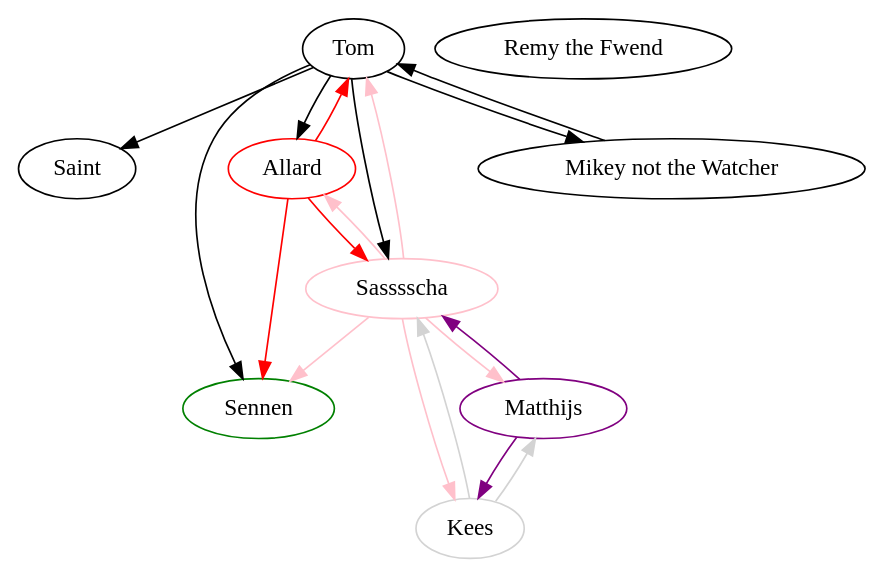
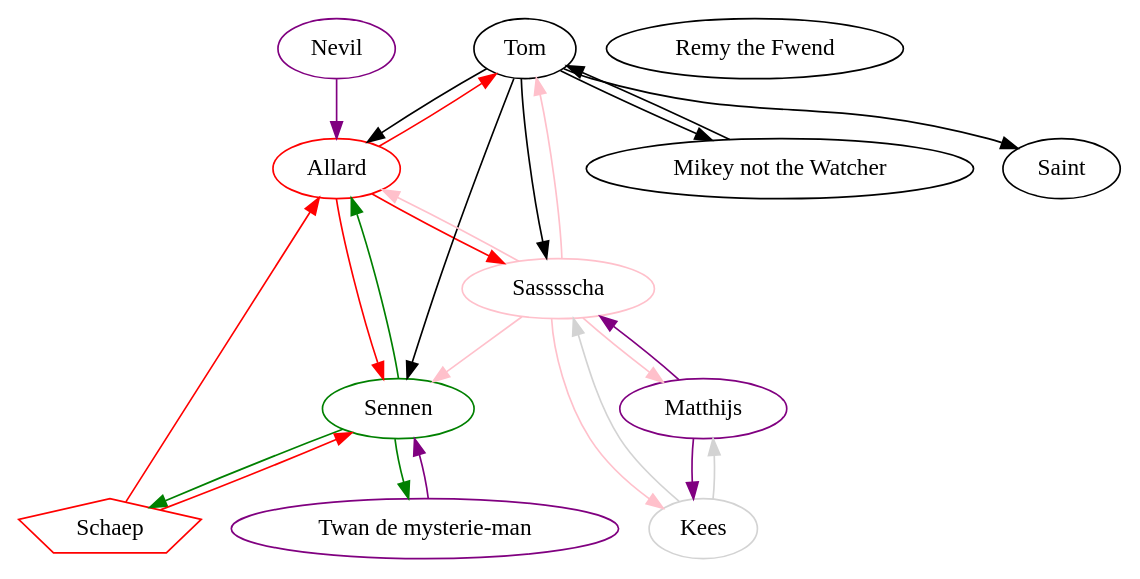
Before and after one commit to Abyss-mal-Graphics/Graphs.dot: the diagram in graphs/ships.dot, drawn with Graphviz.

```diff
--- a/graphs/ships.dot
+++ b/graphs/ships.dot
@@ -1,54 +1,82 @@
 digraph {
     Saint;
 
     Remy [label="Remy the Fwend"];
 
     subgraph Allard {
         edge [color=red];
         Allard [color=red];
         Allard->Tom;
         Allard->Sas;
         Allard->Sennen;
     }
 
     subgraph Tom {
         edge [color=black]; // 🤷, does absolutely nothing
         Tom;
         Tom->Allard;
         Tom->Saint;
         Tom->Sennen;
         Tom->Sas;
         Tom->Mikey
     }
 
     subgraph Sas {
         edge [color=pink];
         Sas [color=pink label="Sasssscha"];
         Sas->Allard;
         Sas->Tom;
         Sas->Sennen;
         Sas->Kees;
         Sas->Matthijs;
     }
 
     subgraph Kees {
         edge [color=lightgrey];
         Kees [color=lightgrey];
         Kees->Sas;
         Kees->Matthijs;
     }
 
     subgraph Matthijs {
         edge [color=purple];
         Matthijs [color=purple];
         Matthijs->Sas;
         Matthijs->Kees;
     }
     
     subgraph Mikey {
         Mikey [label="Mikey not the Watcher"];
         Mikey->Tom
     }
+    
+    subgraph Twan {
+    edge [color=purple];
+        Twan [color=purple];
+        Twan [label="Twan de mysterie-man"];
+        Twan->Sennen
+    }
+    
+    subgraph Sheep {
+        Sheep  [shape=polygon,sides=5];
+    edge [color=red];
+        Sheep [color=red];
+        Sheep [label="Schaep"];
+        Sheep->Allard;
+        Sheep->Sennen;
+    }
 
-    Sennen [color=green];
+    subgraph Sennen {
+    edge [color=green];
+        Sennen [color=green];
+        Sennen->Twan;
+        Sennen->Sheep;
+        Sennen->Allard;
+    }
+    
+    subgraph Nevil {
+    edge [color=Purple];
+        Nevil [color=purple];
+        Nevil->Allard;
+    }
 }
```
